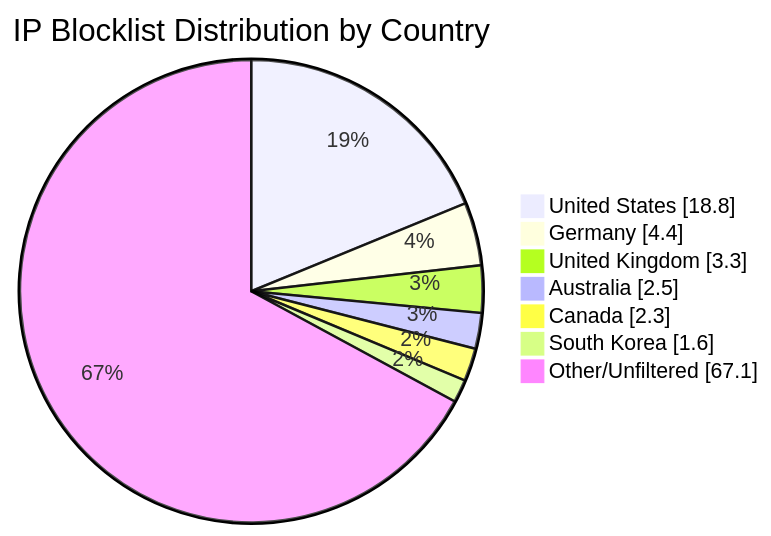
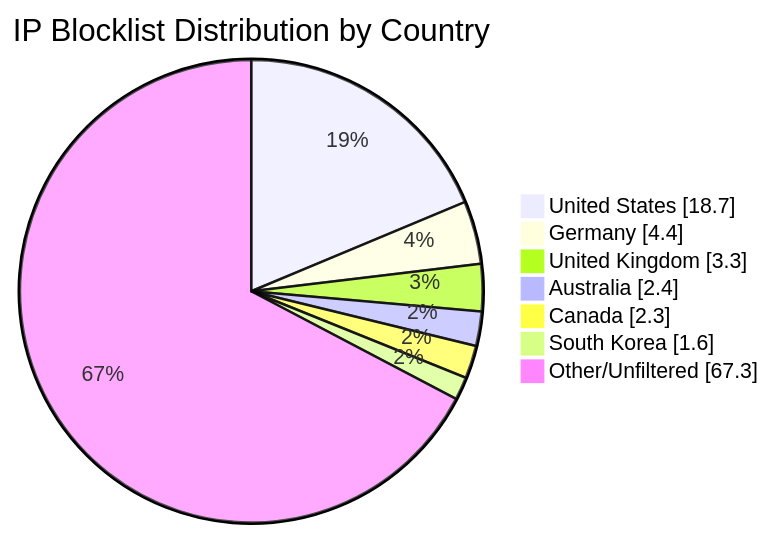
One commit to MarcusHoltz/ipblocklist-geofiltered-aggregator changed the diagram in README.md. Above: the diagram before and after it, drawn with Mermaid. The commit also changed other lines of this file and 9 other files, not shown here.

````diff
--- a/README.md
+++ b/README.md
@@ -34,10 +34,10 @@
 ```mermaid
 pie showData title IP Blocklist Distribution by Country
-"United States" : 18.8
+"United States" : 18.7
 "Germany" : 4.4
 "United Kingdom" : 3.3
-"Australia" : 2.5
+"Australia" : 2.4
 "Canada" : 2.3
 "South Korea" : 1.6
-"Other/Unfiltered" : 67.1
+"Other/Unfiltered" : 67.3
 ```
````
